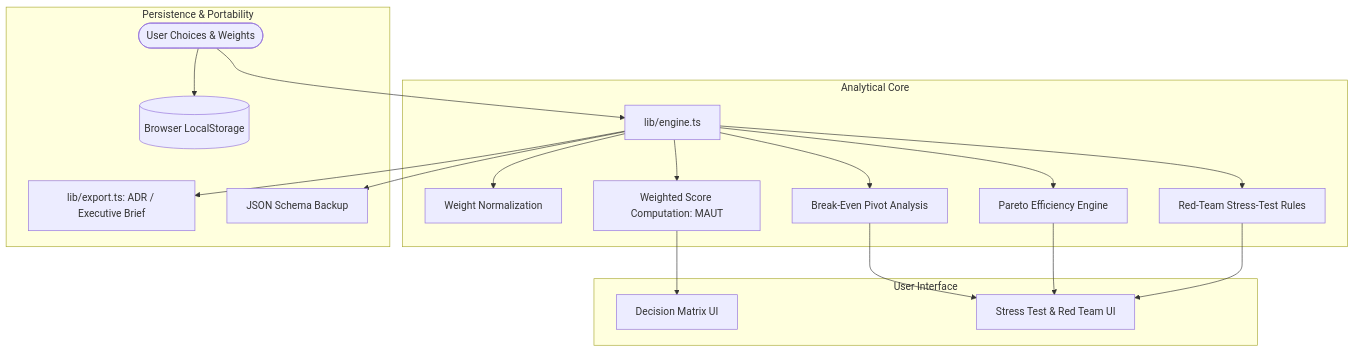
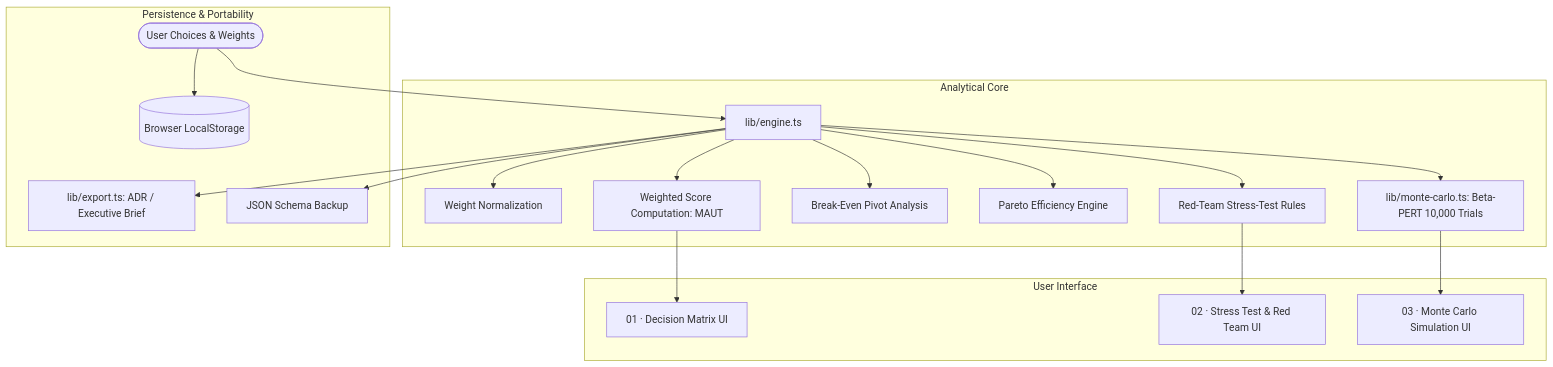
The diagram in README.md (MafiaCatto/ReasonGraph), drawn with Mermaid before and after one commit. The commit also changed other lines of this file and 2 other files, not shown here.

Commit message:
feat: add Monte Carlo simulation UI with SVG density curves and updated documentation

````diff
--- a/README.md
+++ b/README.md
@@ -46,25 +53,25 @@
 ```mermaid
 flowchart TD
     User([User Choices & Weights]) --> Engine[lib/engine.ts]
 
     subgraph Analytical Core
         Engine --> Weights[Weight Normalization]
         Engine --> Scores[Weighted Score Computation: MAUT]
         Engine --> BreakEven[Break-Even Pivot Analysis]
         Engine --> Dominance[Pareto Efficiency Engine]
+        Engine --> MonteCarlo[lib/monte-carlo.ts: Beta-PERT 10,000 Trials]
         Engine --> RedTeam[Red-Team Stress-Test Rules]
     end
 
     subgraph User Interface
-        Scores --> MatrixView[Decision Matrix UI]
-        BreakEven --> RedTeamView[Stress Test & Red Team UI]
-        Dominance --> RedTeamView
-        RedTeam --> RedTeamView
+        Scores --> MatrixView[01 · Decision Matrix UI]
+        RedTeam --> RedTeamView[02 · Stress Test & Red Team UI]
+        MonteCarlo --> MonteCarloView[03 · Monte Carlo Simulation UI]
     end
 
     subgraph Persistence & Portability
         User --> LocalStore[(Browser LocalStorage)]
         Engine --> Markdown[lib/export.ts: ADR / Executive Brief]
         Engine --> JSONExport[JSON Schema Backup]
     end
 ```
````
